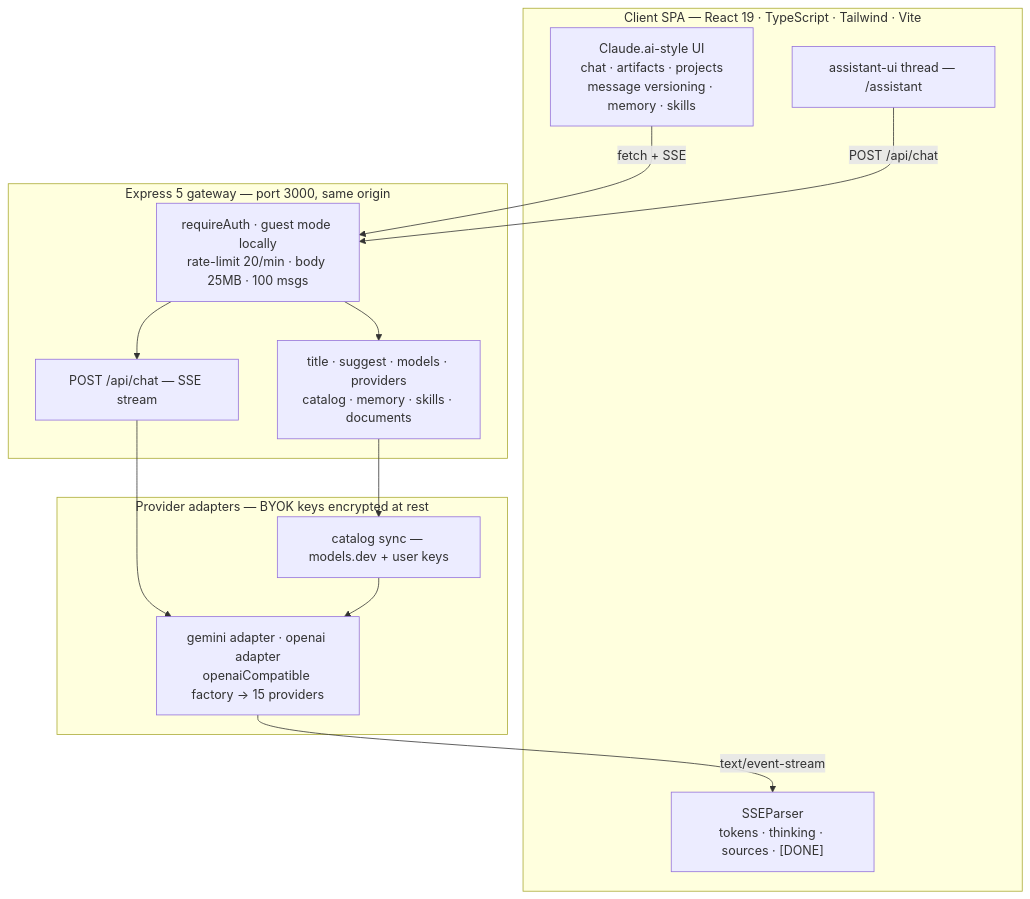
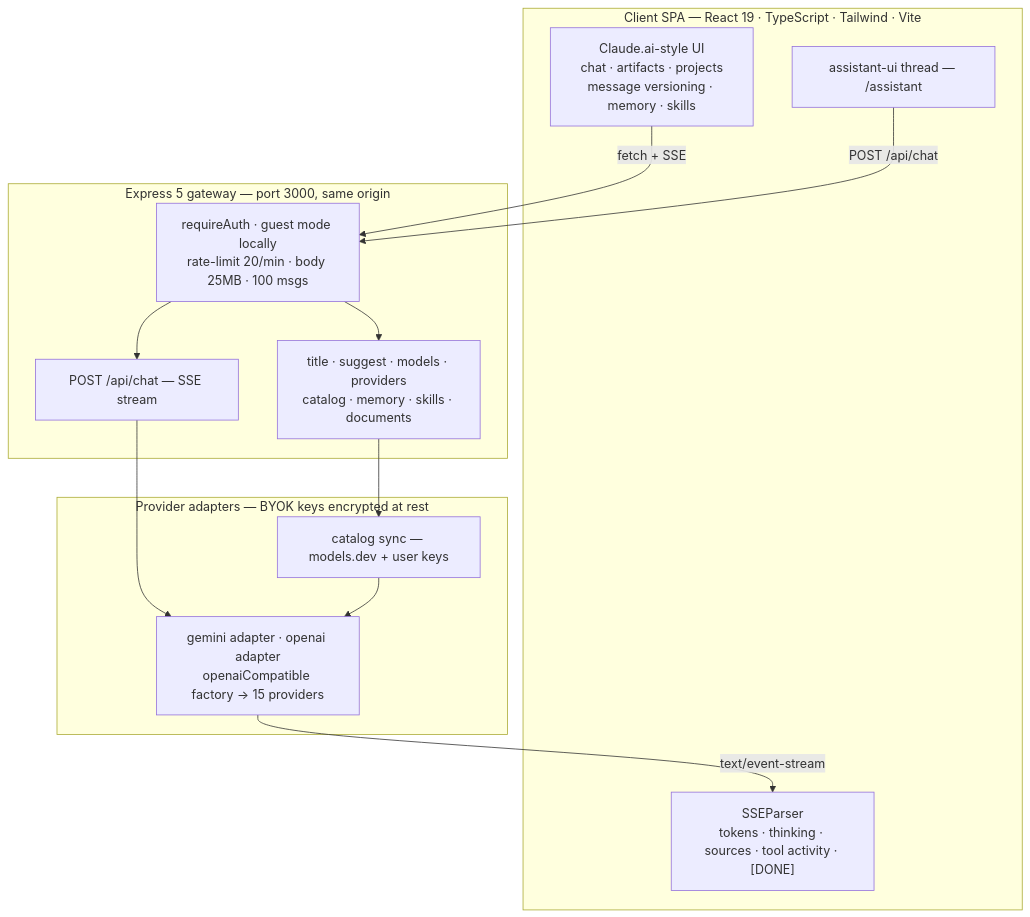
The first of 2 diagrams in README.md (revolover00/Claude-clone), drawn with Mermaid before and after one commit. The commit also changed other lines of this file and 26 other files, not shown here.

Commit message:
feat(chat): surface AI tool activity

````diff
--- a/README.md
+++ b/README.md
@@ -125,25 +126,25 @@
 ```mermaid
 flowchart TB
   subgraph CLIENT["Client SPA — React 19 · TypeScript · Tailwind · Vite"]
     UI["Claude.ai-style UI<br/>chat · artifacts · projects<br/>message versioning · memory · skills"]
     AUI["assistant-ui thread — /assistant"]
-    PARSE["SSEParser<br/>tokens · thinking · sources · [DONE]"]
+    PARSE["SSEParser<br/>tokens · thinking · sources · tool activity · [DONE]"]
   end
   subgraph SERVER["Express 5 gateway — port 3000, same origin"]
     AUTH["requireAuth · guest mode locally<br/>rate-limit 20/min · body 25MB · 100 msgs"]
     CHAT["POST /api/chat — SSE stream"]
     REST["title · suggest · models · providers<br/>catalog · memory · skills · documents"]
   end
   subgraph PROVIDERS["Provider adapters — BYOK keys encrypted at rest"]
     ADAPT["gemini adapter · openai adapter<br/>openaiCompatible factory → 15 providers"]
     SYNC["catalog sync — models.dev + user keys"]
   end
   UI -- "fetch + SSE" --> AUTH
   AUI -- "POST /api/chat" --> AUTH
   AUTH --> CHAT
   AUTH --> REST
   CHAT --> ADAPT
   REST --> SYNC
   SYNC --> ADAPT
   ADAPT -- "text/event-stream" --> PARSE
 ```
````
